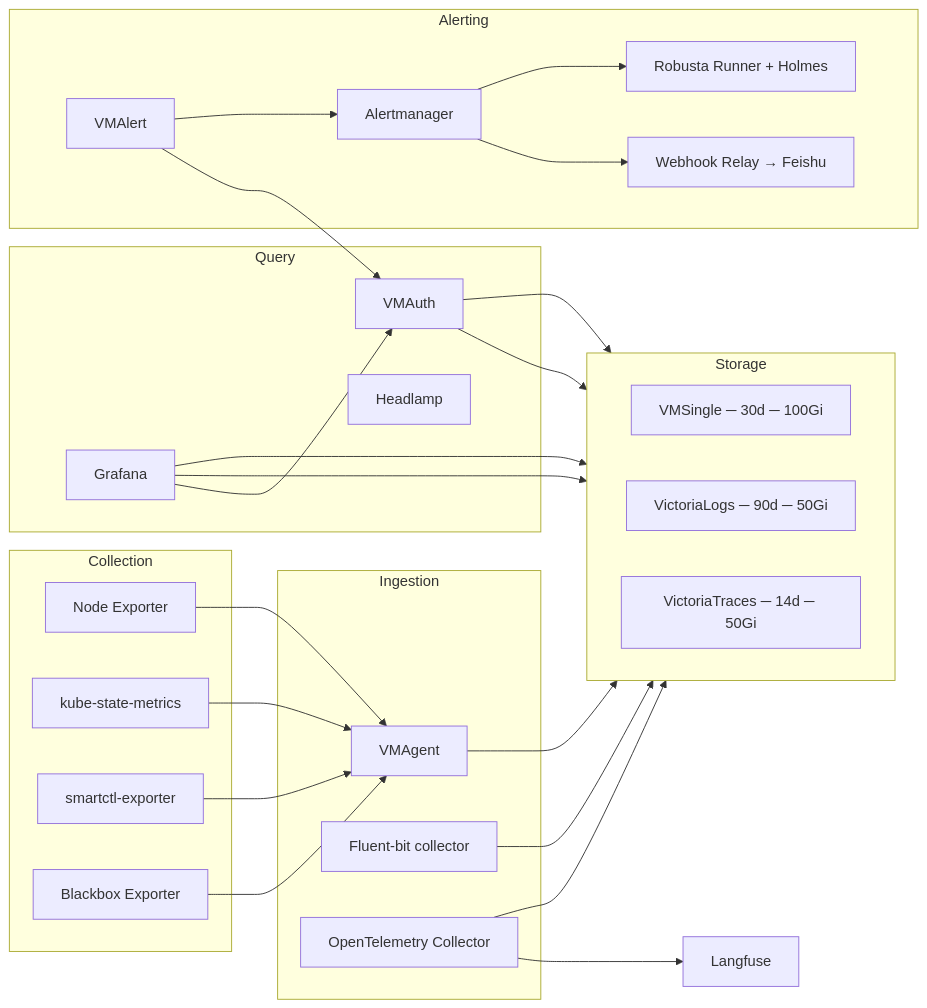
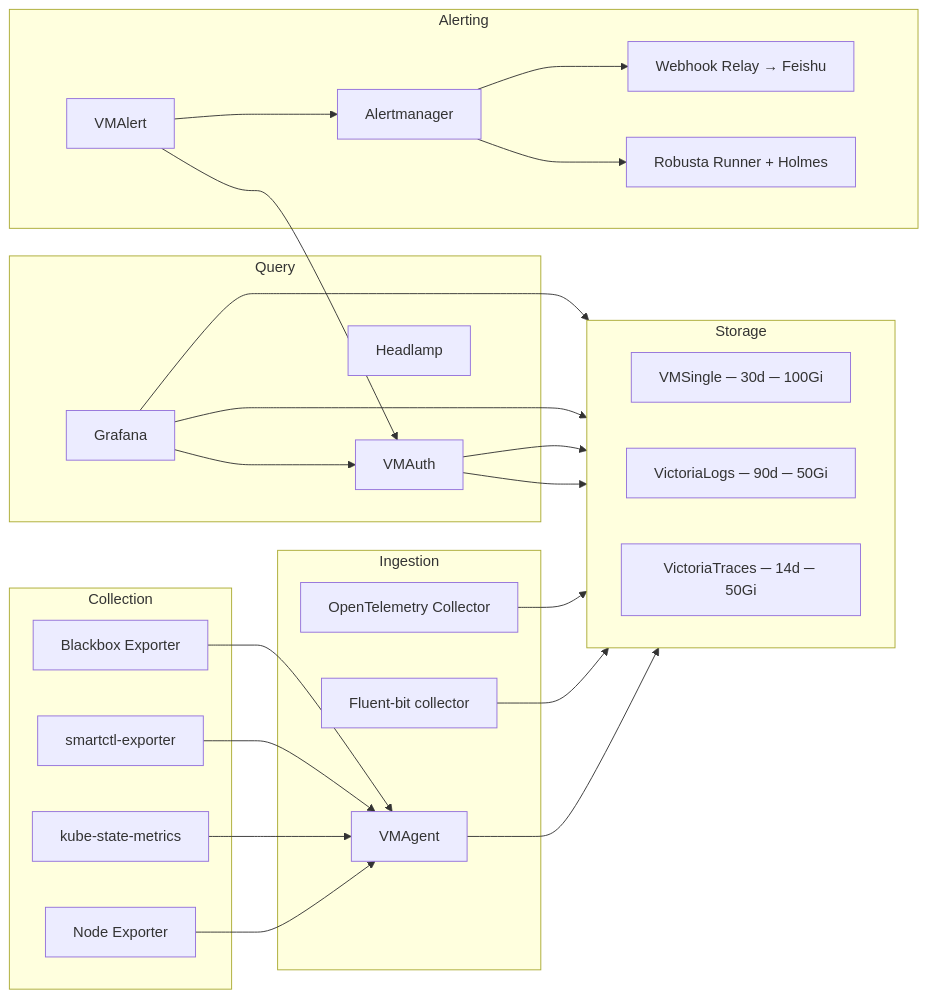
The diagram in docs/application/monitoring.md (soulwhisper/home-ops), drawn with Mermaid before and after one commit. The commit also changed other lines of this file and 35 other files, not shown here.

````diff
--- a/docs/application/monitoring.md
+++ b/docs/application/monitoring.md
@@ -7,47 +7,47 @@
 ```mermaid
 flowchart LR
   subgraph Collection
     NE[Node Exporter]
     KSM[kube-state-metrics]
     SMART[smartctl-exporter]
     BB[Blackbox Exporter]
   end
 
   subgraph Ingestion
     VM[VMAgent]
     FB[Fluent-bit collector]
     OTEL[OpenTelemetry Collector]
   end
 
   subgraph Storage
     direction LR
     VMS[VMSingle ─ 30d ─ 100Gi]
     VL[VictoriaLogs ─ 90d ─ 50Gi]
     VT[VictoriaTraces ─ 14d ─ 50Gi]
   end
 
   subgraph Query
     VAUTH[VMAuth]
     GRAF[Grafana]
     HEAD[Headlamp]
   end
 
   subgraph Alerting
     VMALERT[VMAlert]
     AM[Alertmanager]
     RELAY[Webhook Relay → Feishu]
     ROB[Robusta Runner + Holmes]
   end
 
   NE & KSM & SMART --> VM
   BB --> VM
   VM --> VMS
   FB --> VL
-  OTEL --> VT & Langfuse
+  OTEL --> VT
   VAUTH --> VMS & VL
   GRAF --> VAUTH & VL & VT
   VMALERT --> VAUTH
   VMALERT --> AM
   AM --> RELAY
   AM --> ROB
 ```
````
